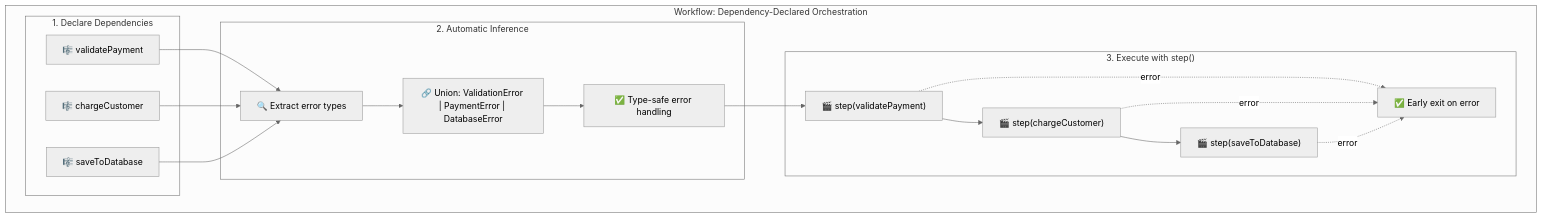
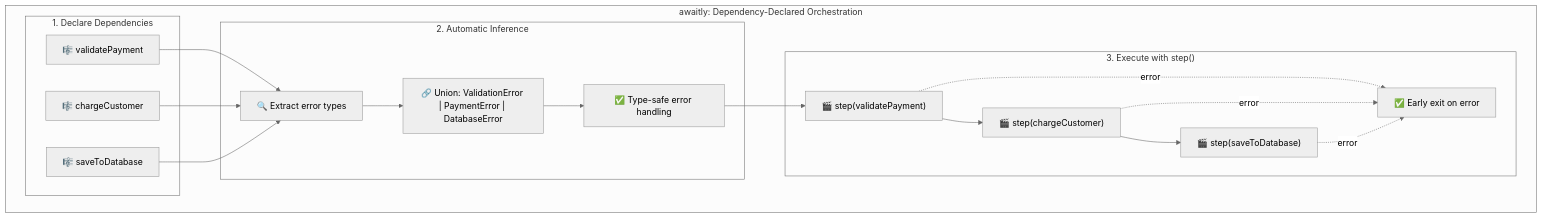
One commit to jagreehal/trycatch-vs-neverthrow-vs-effect changed the seventh of 8 diagrams in README.md. Above: the diagram before and after it, drawn with Mermaid (neutral theme). The commit also changed other lines of this file and 11 other files, not shown here.

````diff
--- a/README.md
+++ b/README.md
@@ -564,32 +564,32 @@
 ```mermaid
 flowchart TD
-    subgraph "Workflow: Dependency-Declared Orchestration"
+    subgraph "awaitly: Dependency-Declared Orchestration"
         subgraph "1. Declare Dependencies"
             D1["🎼 validatePayment"]
             D2["🎼 chargeCustomer"]
             D3["🎼 saveToDatabase"]
         end
 
         subgraph "2. Automatic Inference"
             I1["🔍 Extract error types"]
             I2["🔗 Union: ValidationError | PaymentError | DatabaseError"]
             I3["✅ Type-safe error handling"]
         end
 
         subgraph "3. Execute with step()"
             E1["🎬 step(validatePayment)"]
             E2["🎬 step(chargeCustomer)"]
             E3["🎬 step(saveToDatabase)"]
             E4["✅ Early exit on error"]
         end
 
         D1 --> I1
         D2 --> I1
         D3 --> I1
         I1 --> I2 --> I3
         I3 --> E1 --> E2 --> E3
         E1 -.error.-> E4
         E2 -.error.-> E4
         E3 -.error.-> E4
     end
 ```
````
